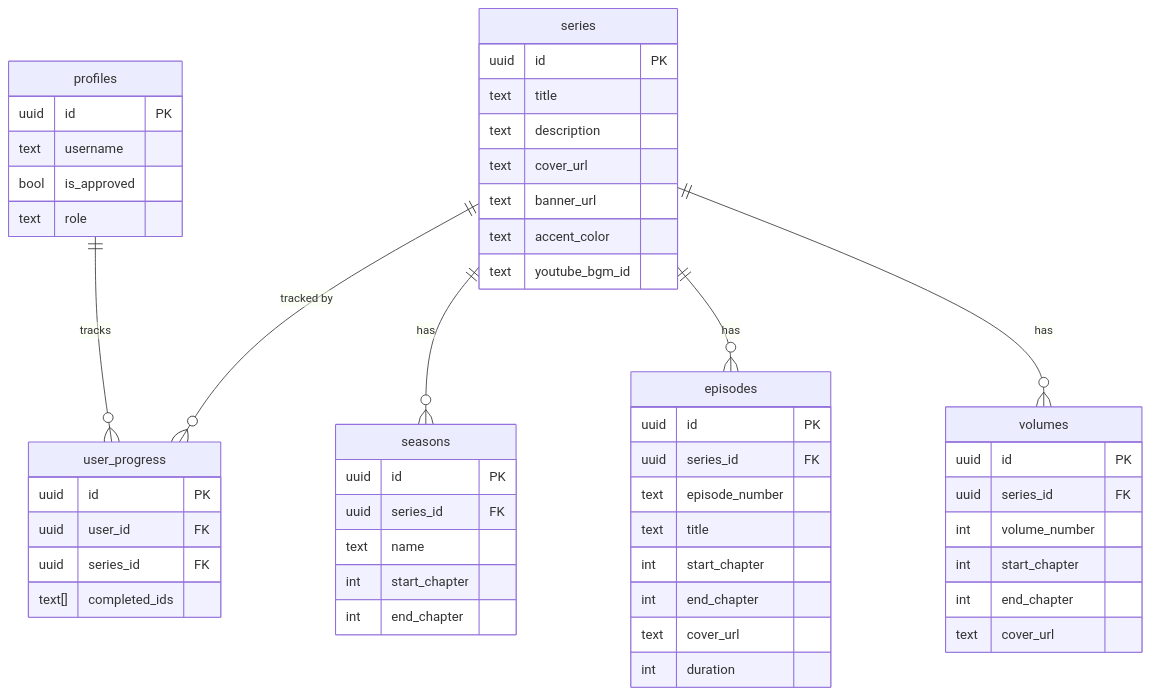
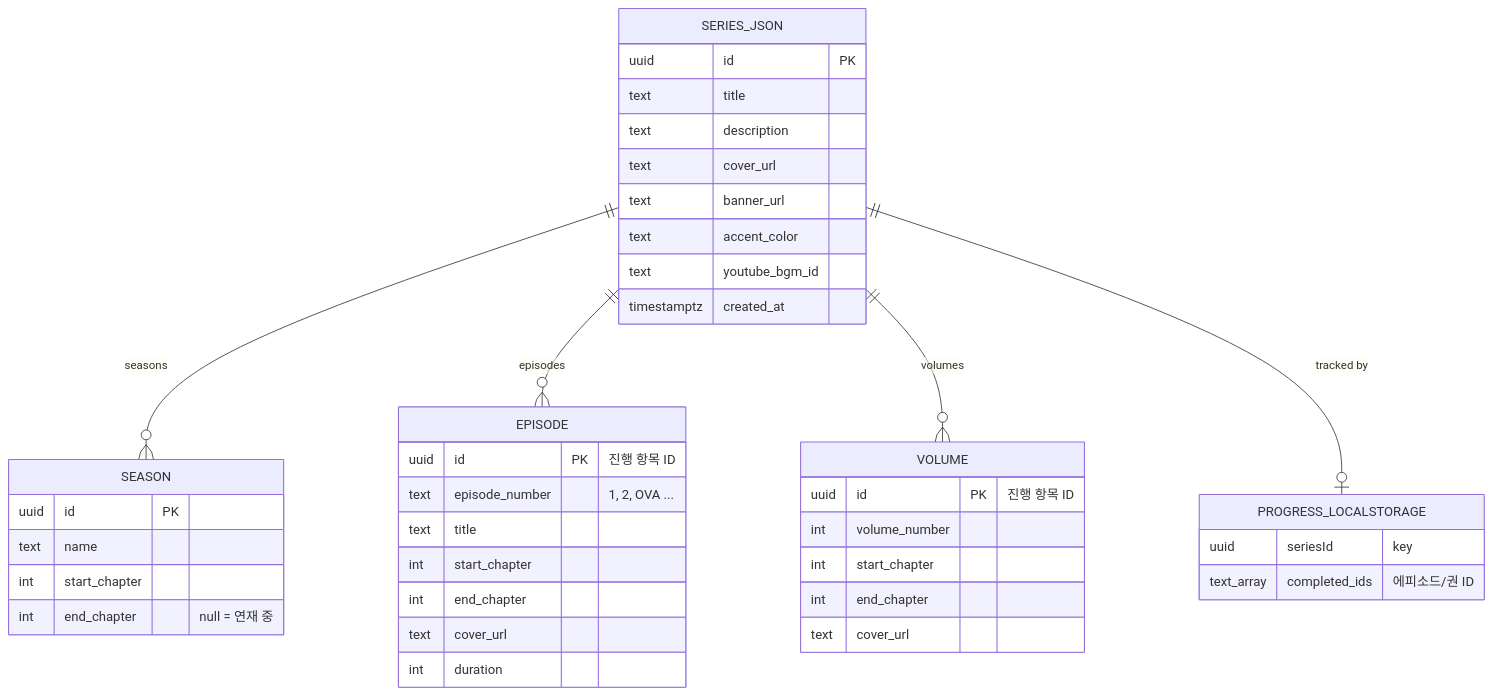
One commit to KINGJNU-sakayume/AniMan changed the second of 3 diagrams in README.md. Above: the diagram before and after it, drawn with Mermaid. The commit also changed other lines of this file and 39 other files, not shown here.

````diff
--- a/README.md
+++ b/README.md
@@ -55,55 +72,43 @@
 ```mermaid
 erDiagram
-    profiles {
-        uuid id PK
-        text username
-        bool is_approved
-        text role
-    }
-    series {
+    SERIES_JSON {
         uuid id PK
         text title
         text description
         text cover_url
         text banner_url
         text accent_color
         text youtube_bgm_id
+        timestamptz created_at
     }
-    seasons {
+    SEASON {
         uuid id PK
-        uuid series_id FK
         text name
         int start_chapter
-        int end_chapter
+        int end_chapter "null = 연재 중"
     }
-    episodes {
-        uuid id PK
-        uuid series_id FK
-        text episode_number
+    EPISODE {
+        uuid id PK "진행 항목 ID"
+        text episode_number "1, 2, OVA ..."
         text title
         int start_chapter
         int end_chapter
         text cover_url
         int duration
     }
-    volumes {
-        uuid id PK
-        uuid series_id FK
+    VOLUME {
+        uuid id PK "진행 항목 ID"
         int volume_number
         int start_chapter
         int end_chapter
         text cover_url
     }
-    user_progress {
-        uuid id PK
-        uuid user_id FK
-        uuid series_id FK
-        text[] completed_ids
+    PROGRESS_LOCALSTORAGE {
+        uuid seriesId "key"
+        text_array completed_ids "에피소드/권 ID"
     }
-
-    profiles ||--o{ user_progress : "tracks"
-    series ||--o{ seasons : "has"
-    series ||--o{ episodes : "has"
-    series ||--o{ volumes : "has"
-    series ||--o{ user_progress : "tracked by"
+    SERIES_JSON ||--o{ SEASON : seasons
+    SERIES_JSON ||--o{ EPISODE : episodes
+    SERIES_JSON ||--o{ VOLUME : volumes
+    SERIES_JSON ||--o| PROGRESS_LOCALSTORAGE : "tracked by"
 ```
````
